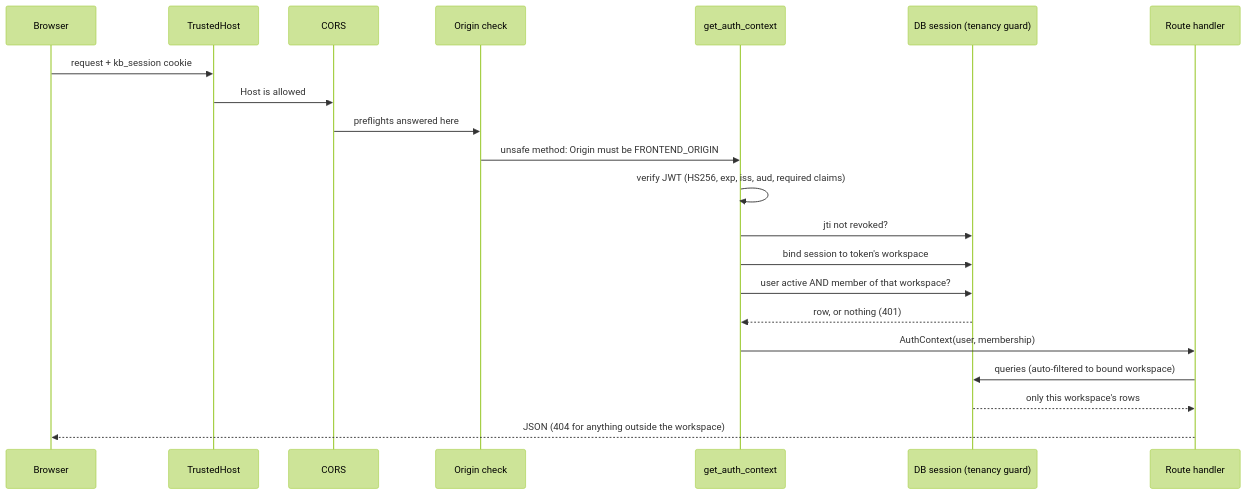
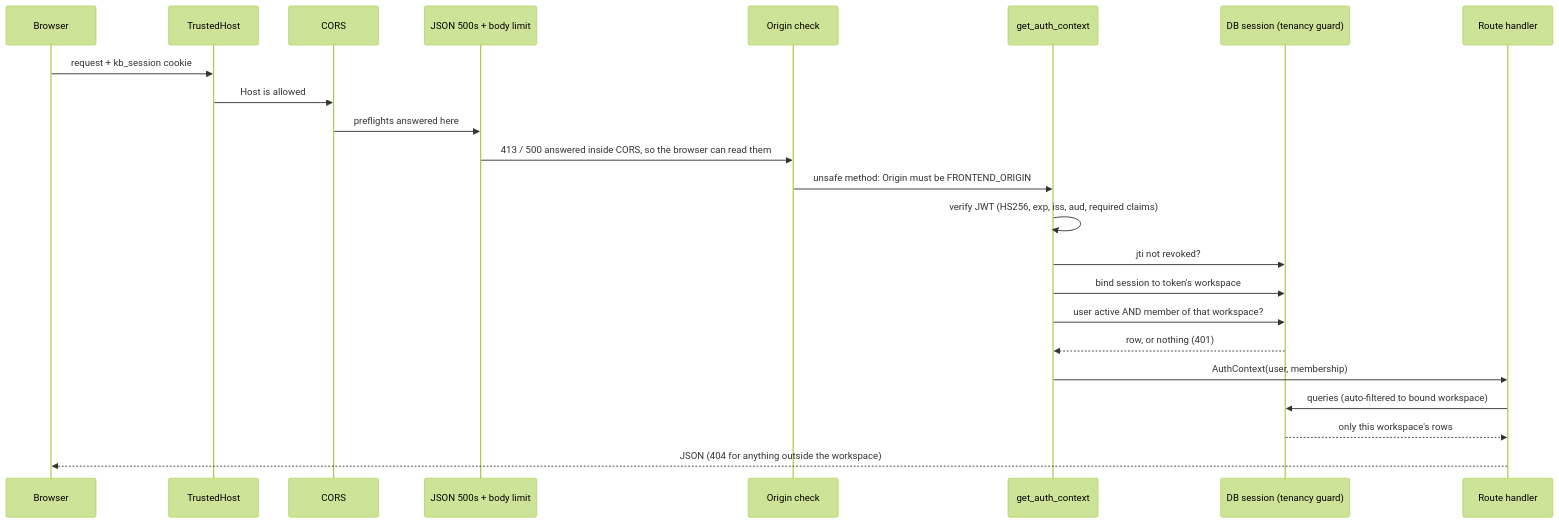
Before and after one commit to luphone04/knowbase-ai: the second of 8 diagrams in docs/architecture/overview.md, drawn with Mermaid (forest theme). The commit also changed other lines of this file and 16 other files, not shown here.

First line of the commit message:
docs: record the M9 live evaluation, results, README, architecture, interview material, and fresh-checkout check

````diff
--- a/docs/architecture/overview.md
+++ b/docs/architecture/overview.md
@@ -31,23 +86,25 @@
 ```mermaid
 sequenceDiagram
     participant B as Browser
     participant TH as TrustedHost
     participant C as CORS
+    participant L as JSON 500s + body limit
     participant O as Origin check
     participant D as get_auth_context
     participant S as DB session (tenancy guard)
     participant R as Route handler
     B->>TH: request + kb_session cookie
     TH->>C: Host is allowed
-    C->>O: preflights answered here
+    C->>L: preflights answered here
+    L->>O: 413 / 500 answered inside CORS, so the browser can read them
     O->>D: unsafe method: Origin must be FRONTEND_ORIGIN
     D->>D: verify JWT (HS256, exp, iss, aud, required claims)
     D->>S: jti not revoked?
     D->>S: bind session to token's workspace
     D->>S: user active AND member of that workspace?
     S-->>D: row, or nothing (401)
     D->>R: AuthContext(user, membership)
     R->>S: queries (auto-filtered to bound workspace)
     S-->>R: only this workspace's rows
     R-->>B: JSON (404 for anything outside the workspace)
 ```
````
